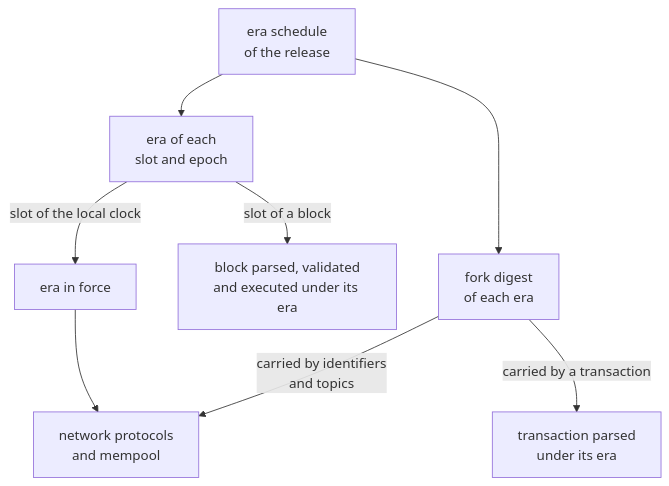
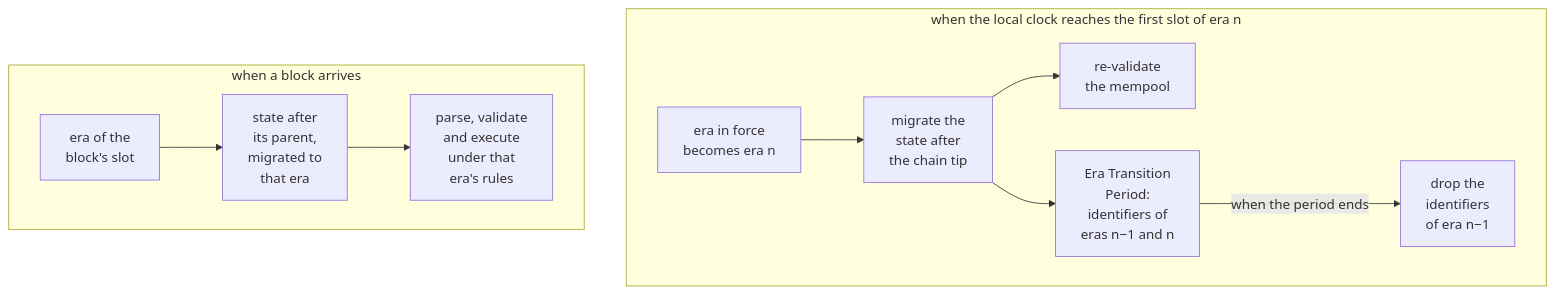
Before and after one commit to logos-co/logos-lips: the fourth of 4 diagrams in docs/blockchain/raw/bedrock-eras.md, drawn with Mermaid. The commit also changed other lines of this file, not shown here.

Commit message:
docs(blockchain): redraw the era diagrams as a timeline, a sync example, a release split and the boundary flow

````diff
--- a/docs/blockchain/raw/bedrock-eras.md
+++ b/docs/blockchain/raw/bedrock-eras.md
@@ -82,10 +105,13 @@
 ```mermaid
-graph TB
-    sc["era schedule<br/>of the release"] --> er["era of each<br/>slot and epoch"]
-    sc --> fd["fork digest<br/>of each era"]
-    er -- "slot of a block" --> bk["block parsed, validated<br/>and executed under its era"]
-    fd -- "carried by a transaction" --> tx["transaction parsed<br/>under its era"]
-    er -- "slot of the local clock" --> ef["era in force"]
-    ef --> nw["network protocols<br/>and mempool"]
-    fd -- "carried by identifiers<br/>and topics" --> nw
+flowchart TB
+    subgraph clock["when the local clock reaches the first slot of era n"]
+        c1["era in force<br/>becomes era n"] --> c2["migrate the<br/>state after<br/>the chain tip"]
+        c2 --> c3["re-validate<br/>the mempool"]
+        c2 --> c4["Era Transition<br/>Period:<br/>identifiers of<br/>eras n−1 and n"]
+        c4 -- "when the period ends" --> c5["drop the<br/>identifiers<br/>of era n−1"]
+    end
+    subgraph block["when a block arrives"]
+        b1["era of the<br/>block's slot"] --> b2["state after<br/>its parent,<br/>migrated to<br/>that era"]
+        b2 --> b3["parse, validate<br/>and execute<br/>under that<br/>era's rules"]
+    end
 ```
````
